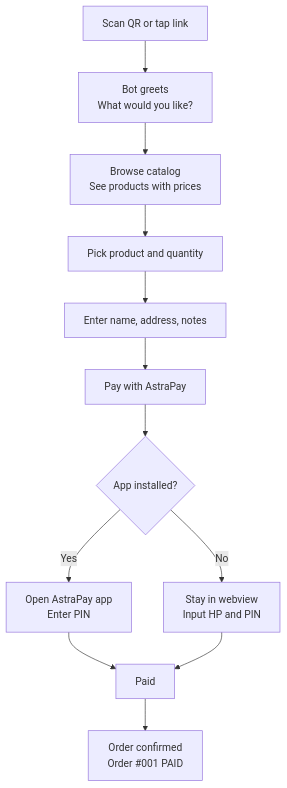
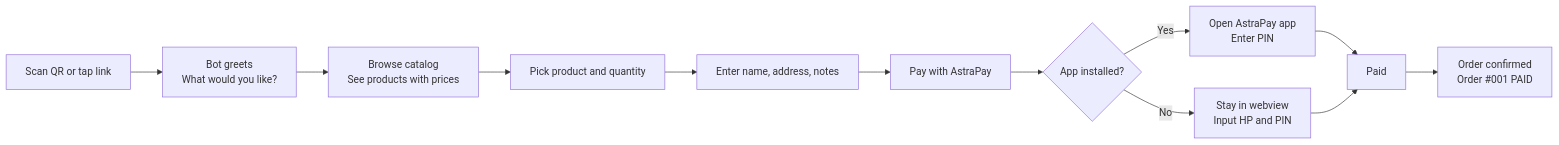
One commit to wmprawiro/astrapay-hackathon-2026 changed diagram 12 of 12 in doc/flow.md. Above: the diagram before and after it, drawn with Mermaid.

Commit message:
refactor: change customer flow diagram to horizontal layout

````diff
--- a/doc/flow.md
+++ b/doc/flow.md
@@ -680,15 +680,15 @@
 ```mermaid
-flowchart TD
+flowchart LR
     A[Scan QR or tap link]
     A --> B[Bot greets<br/>What would you like?]
     B --> C[Browse catalog<br/>See products with prices]
     C --> D[Pick product and quantity]
     D --> E[Enter name, address, notes]
     E --> F[Pay with AstraPay]
     F --> G{App installed?}
     G -->|Yes| H[Open AstraPay app<br/>Enter PIN]
     G -->|No| I[Stay in webview<br/>Input HP and PIN]
     H --> J[Paid]
     I --> J
     J --> K[Order confirmed<br/>Order #001 PAID]
 ```
````
